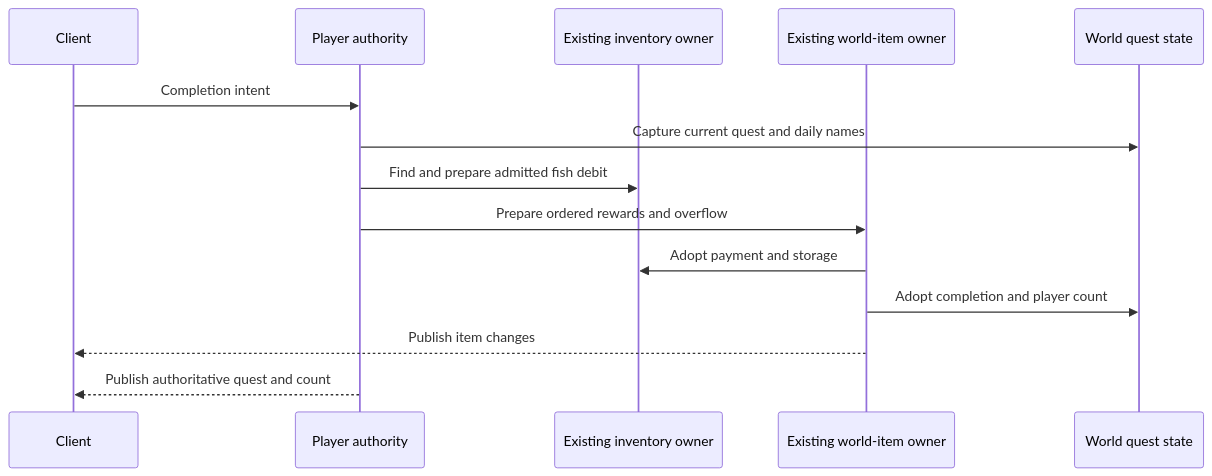
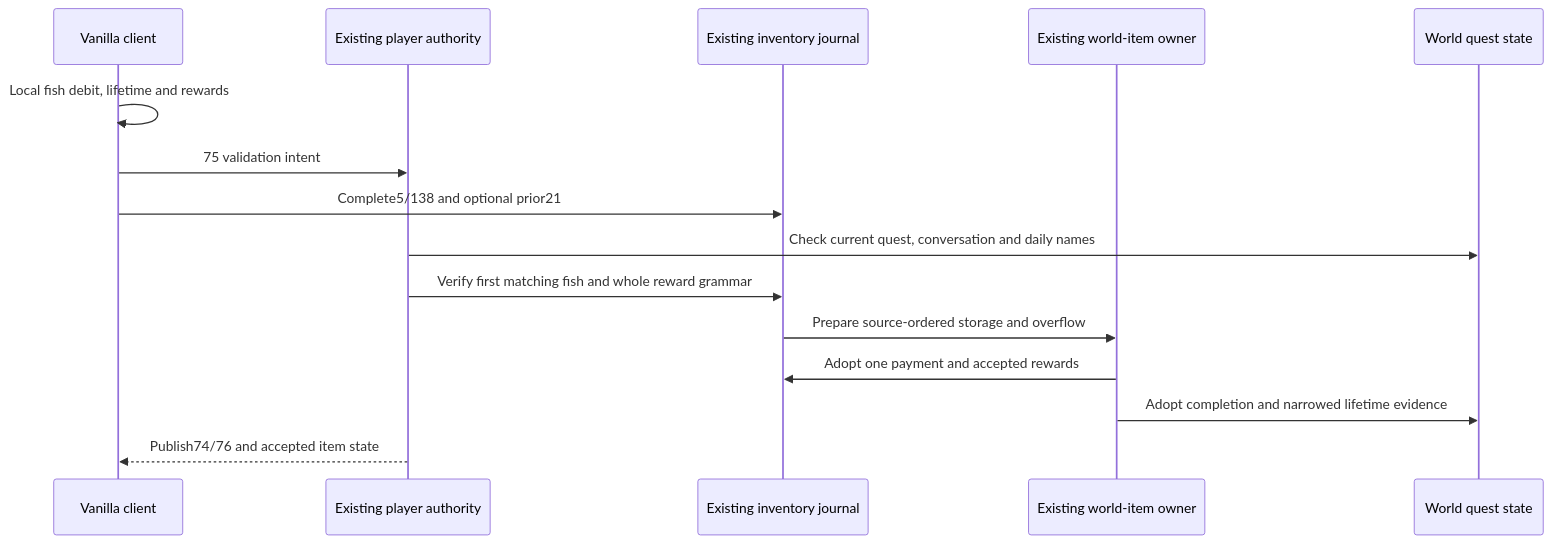
Before and after one commit to VegaKernel/TerraRuntime: the diagram in docs/en/angler-quest-authority-1458.md, drawn with Mermaid. The commit also changed other lines of this file and 51 other files, not shown here.

Commit message:
Validate vanilla client fishing payments and complete reward outcomes

````diff
--- a/docs/en/angler-quest-authority-1458.md
+++ b/docs/en/angler-quest-authority-1458.md
@@ -11,16 +13,17 @@
 ```mermaid
 sequenceDiagram
-    participant Client
-    participant Player as Player authority
-    participant Inventory as Existing inventory owner
+    participant Client as Vanilla client
+    participant Player as Existing player authority
+    participant Inventory as Existing inventory journal
     participant Rewards as Existing world-item owner
     participant World as World quest state
-    Client->>Player: Completion intent
-    Player->>World: Capture current quest and daily names
-    Player->>Inventory: Find and prepare admitted fish debit
-    Player->>Rewards: Prepare ordered rewards and overflow
-    Rewards->>Inventory: Adopt payment and storage
-    Rewards->>World: Adopt completion and player count
-    Rewards-->>Client: Publish item changes
-    Player-->>Client: Publish authoritative quest and count
+    Client->>Client: Local fish debit, lifetime and rewards
+    Client->>Player:75 validation intent
+    Client->>Inventory: Complete5/138 and optional prior21
+    Player->>World: Check current quest, conversation and daily names
+    Player->>Inventory: Verify first matching fish and whole reward grammar
+    Inventory->>Rewards: Prepare source-ordered storage and overflow
+    Rewards->>Inventory: Adopt one payment and accepted rewards
+    Rewards->>World: Adopt completion and narrowed lifetime evidence
+    Player-->>Client: Publish74/76 and accepted item state
 ```
````
